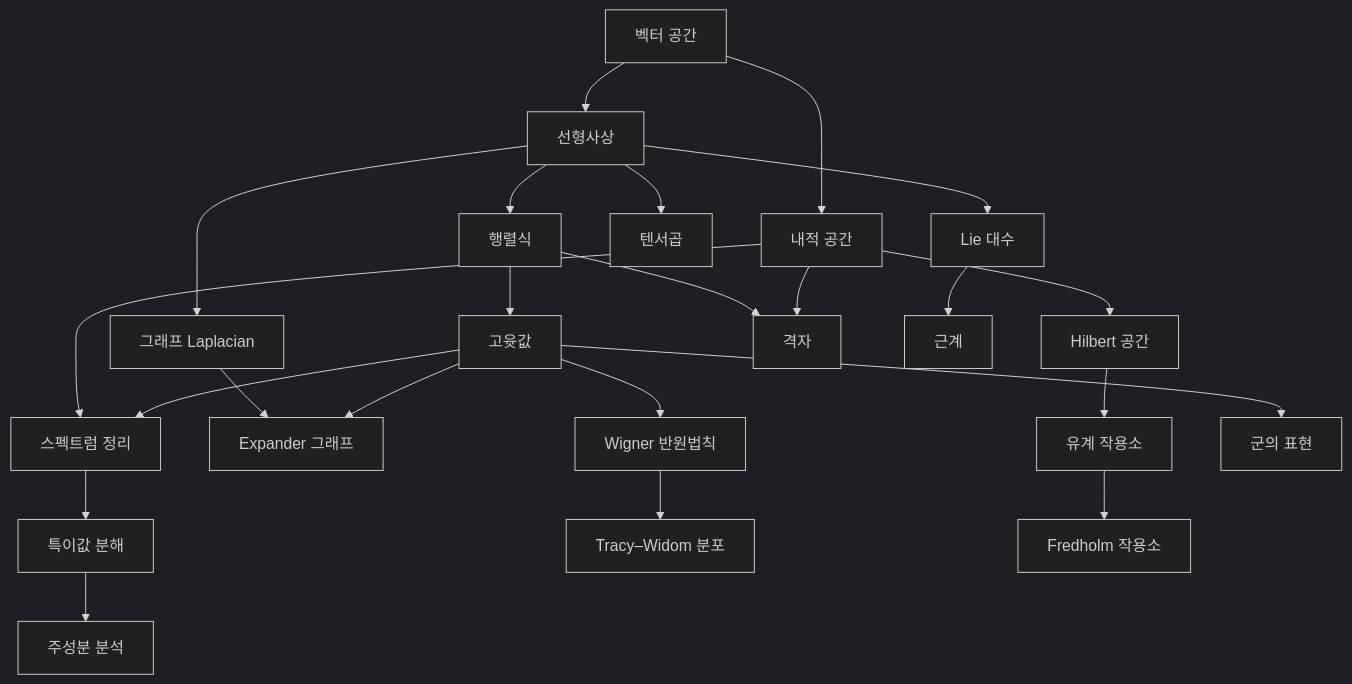
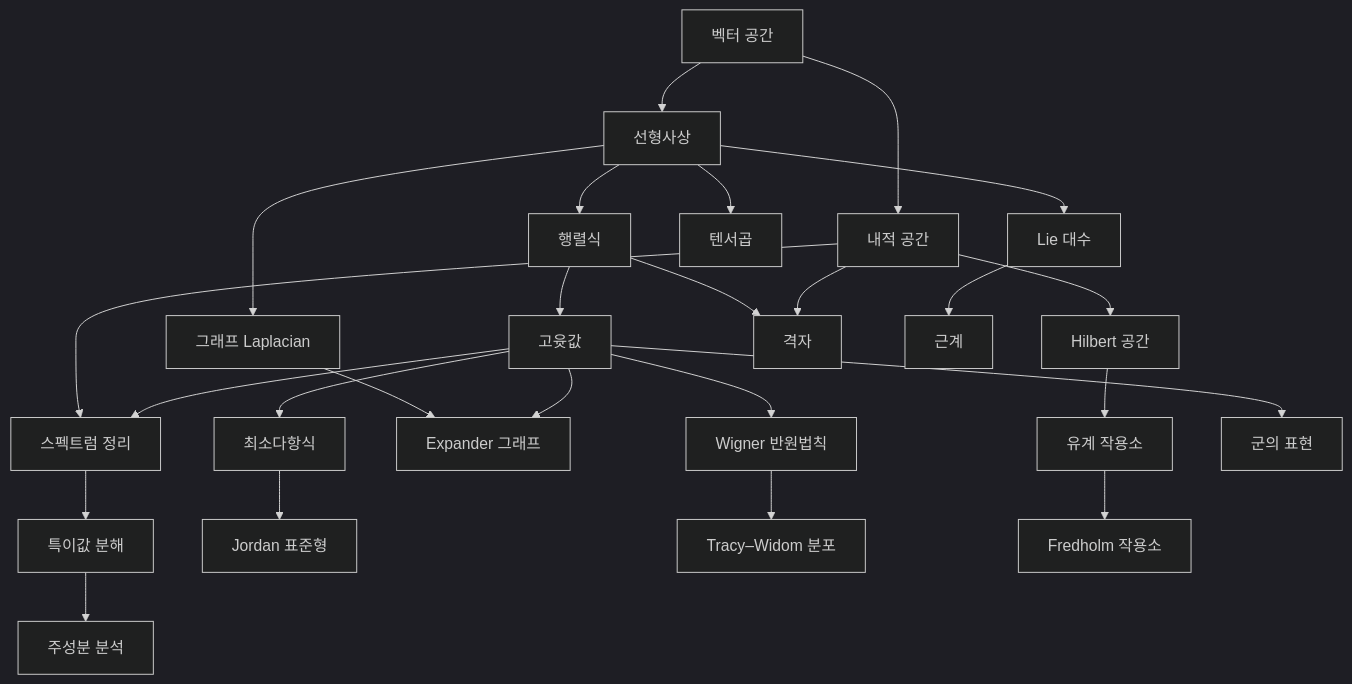
Before and after one commit to Phryxia/math-map: the diagram in docs/linear-algebra-overview.md, drawn with Mermaid (dark theme). The commit also changed other lines of this file and 5 other files, not shown here.

````diff
--- a/docs/linear-algebra-overview.md
+++ b/docs/linear-algebra-overview.md
@@ -11,15 +11,16 @@
 ```mermaid
 graph TD
   VS["벡터 공간"] --> LM["선형사상"] --> DT["행렬식"] --> EV["고윳값"]
   VS --> IP["내적 공간"] --> ST["스펙트럼 정리"] --> SVD["특이값 분해"] --> PCA["주성분 분석"]
+  EV --> MP["최소다항식"] --> JC["Jordan 표준형"]
   EV --> ST
   LM --> GL["그래프 Laplacian"] --> EX["Expander 그래프"]
   EV --> EX
   EV --> WS["Wigner 반원법칙"] --> TW["Tracy–Widom 분포"]
   IP --> HS["Hilbert 공간"] --> BO["유계 작용소"] --> FO["Fredholm 작용소"]
   DT --> LT["격자"]
   IP --> LT
   LM --> TP["텐서곱"]
   LM --> LA["Lie 대수"] --> RS["근계"]
   EV --> GR["군의 표현"]
 ```
````
